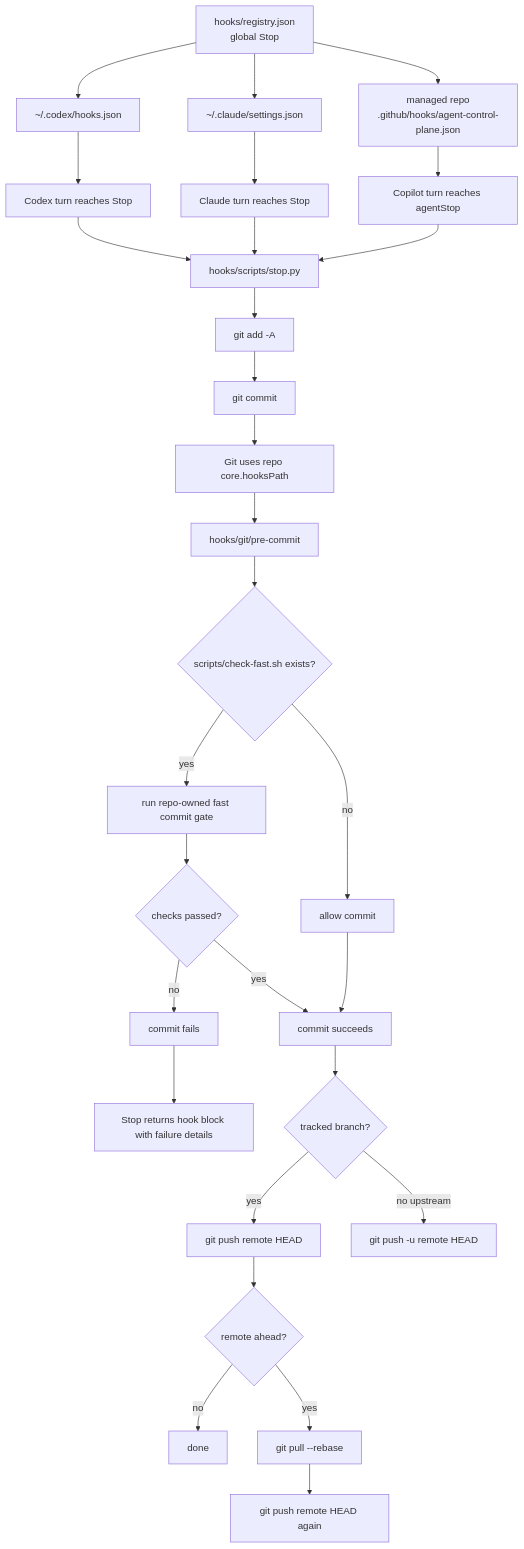
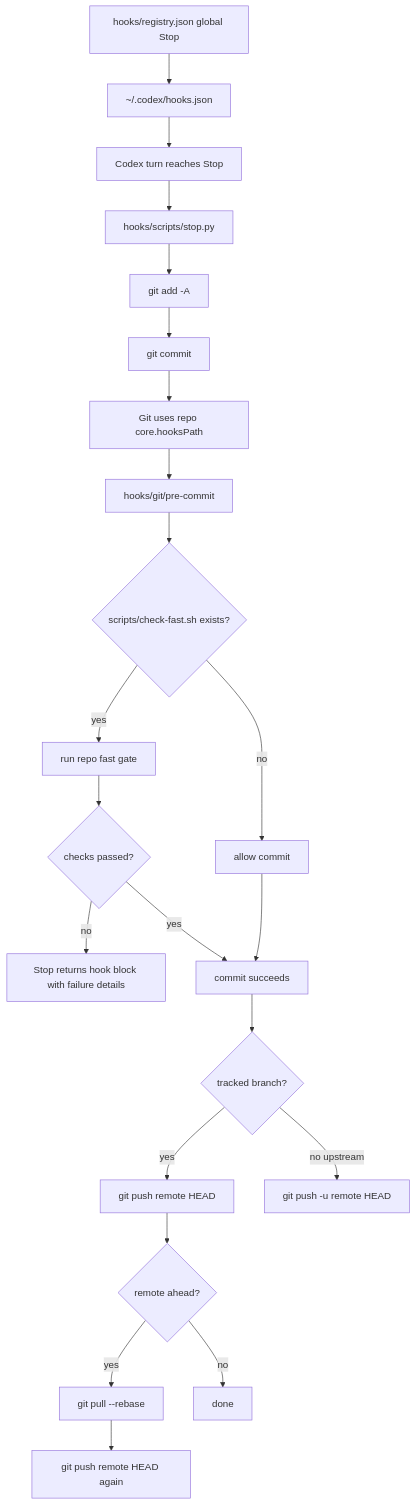
The fourth of 4 diagrams in docs/architecture/codex-control-plane-script-flows.md (wisdom-in-a-nutshell/.agents), drawn with Mermaid before and after one commit. The commit also changed other lines of this file and 165 other files, not shown here.

Commit message:
Make agent control plane Codex-only

````diff
--- a/docs/architecture/codex-control-plane-script-flows.md
+++ b/docs/architecture/codex-control-plane-script-flows.md
@@ -229,31 +105,24 @@
 ```mermaid
 flowchart TD
-    A[hooks/registry.json<br/>global Stop] --> B[~/.codex/hooks.json]
-    A --> C[~/.claude/settings.json]
-    A --> Y[managed repo<br/>.github/hooks/agent-control-plane.json]
-    B --> D[Codex turn reaches Stop]
-    C --> E[Claude turn reaches Stop]
-    Y --> E2[Copilot turn reaches agentStop]
-    D --> F[hooks/scripts/stop.py]
-    E --> F
-    E2 --> F
-    F --> G[git add -A]
-    G --> H[git commit]
-    H --> I[Git uses repo core.hooksPath]
-    I --> J[hooks/git/pre-commit]
-    J --> K{scripts/check-fast.sh exists?}
-    K -->|yes| L[run repo-owned fast commit gate]
-    K -->|no| M[allow commit]
-    L --> N{checks passed?}
-    N -->|no| O[commit fails]
-    O --> P[Stop returns hook block with failure details]
-    N -->|yes| Q[commit succeeds]
-    M --> Q
-    Q --> R{tracked branch?}
-    R -->|yes| S[git push remote HEAD]
-    S --> T{remote ahead?}
-    T -->|no| V[done]
-    T -->|yes| W[git pull --rebase]
-    W --> X[git push remote HEAD again]
-    R -->|no upstream| U[git push -u remote HEAD]
+    A["hooks/registry.json global Stop"] --> B["~/.codex/hooks.json"]
+    B --> C["Codex turn reaches Stop"]
+    C --> D["hooks/scripts/stop.py"]
+    D --> E["git add -A"]
+    E --> F["git commit"]
+    F --> G["Git uses repo core.hooksPath"]
+    G --> H["hooks/git/pre-commit"]
+    H --> I{"scripts/check-fast.sh exists?"}
+    I -->|"yes"| J["run repo fast gate"]
+    I -->|"no"| K["allow commit"]
+    J --> L{"checks passed?"}
+    L -->|"no"| M["Stop returns hook block with failure details"]
+    L -->|"yes"| N["commit succeeds"]
+    K --> N
+    N --> O{"tracked branch?"}
+    O -->|"yes"| P["git push remote HEAD"]
+    P --> Q{"remote ahead?"}
+    Q -->|"yes"| R["git pull --rebase"]
+    R --> S["git push remote HEAD again"]
+    Q -->|"no"| T["done"]
+    O -->|"no upstream"| U["git push -u remote HEAD"]
 ```
````
